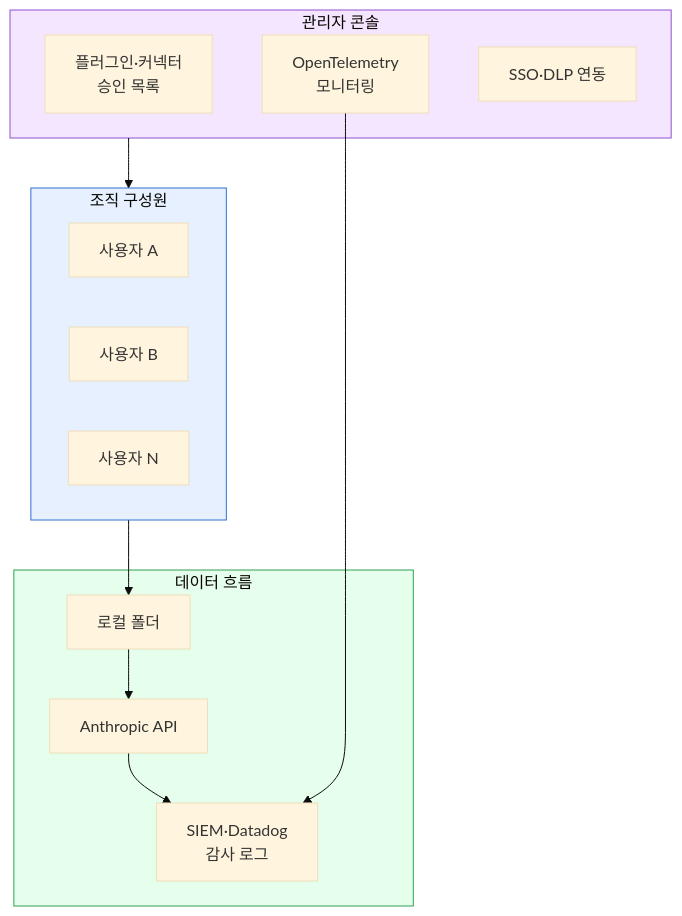
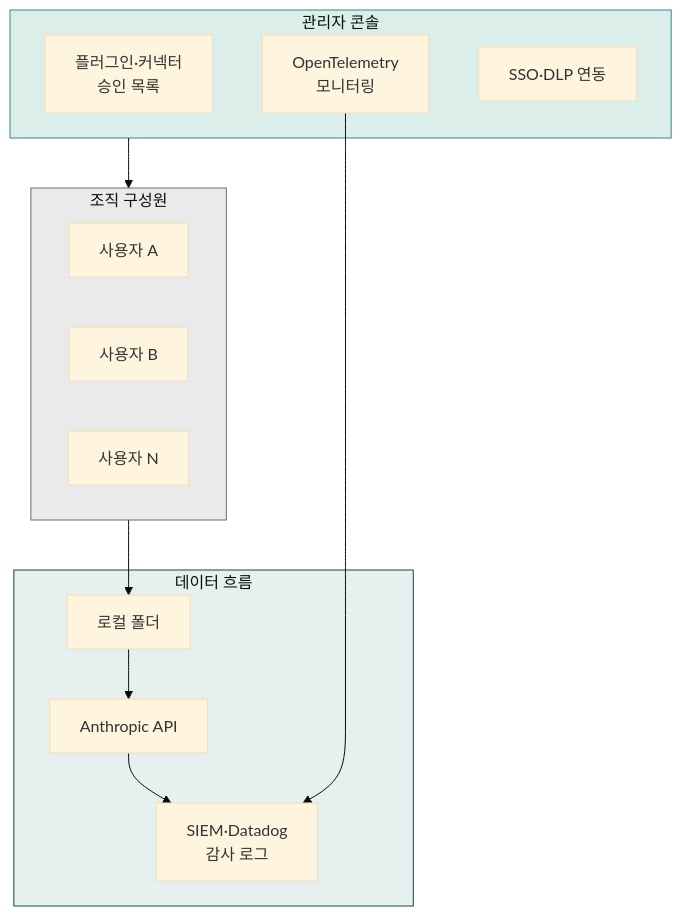
One commit to modu-ai/claude changed the diagram in content/cowork/enterprise.md. Above: the diagram before and after it, drawn with Mermaid (base theme). The commit also changed 97 other files, not shown here.

First line of the commit message:
style(docs-site): mermaid 색상 브랜드 정합 + 라이트 테마 단일화

````diff
--- a/content/cowork/enterprise.md
+++ b/content/cowork/enterprise.md
@@ -11,30 +11,30 @@
 ```mermaid
 flowchart TB
     subgraph Admin["관리자 콘솔"]
         POL["플러그인·커넥터<br/>승인 목록"]
         MON["OpenTelemetry<br/>모니터링"]
         SSO["SSO·DLP 연동"]
     end
 
     subgraph Org["조직 구성원"]
         U1["사용자 A"]
         U2["사용자 B"]
         U3["사용자 N"]
     end
 
     subgraph Data["데이터 흐름"]
         LOCAL["로컬 폴더"]
         API["Anthropic API"]
         SIEM["SIEM·Datadog<br/>감사 로그"]
     end
 
     Admin --> Org
     Org --> LOCAL
     LOCAL --> API
     API --> SIEM
     MON --> SIEM
 
-    style Admin fill:#f5e6ff,stroke:#9050d0
-    style Org fill:#e6f0ff,stroke:#3070d0
-    style Data fill:#e6ffec,stroke:#30a050
+    style Admin fill:#dceee9,stroke:#2a8a8c,color:#09110f
+    style Org fill:#eaeaea,stroke:#6e6e6e,color:#09110f
+    style Data fill:#e6f0ef,stroke:#144a46,color:#09110f
 ```
````
